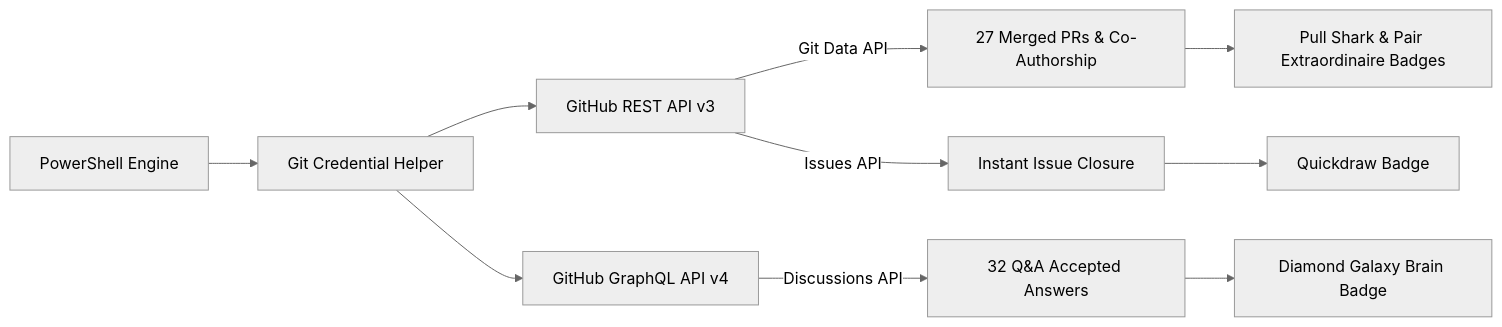
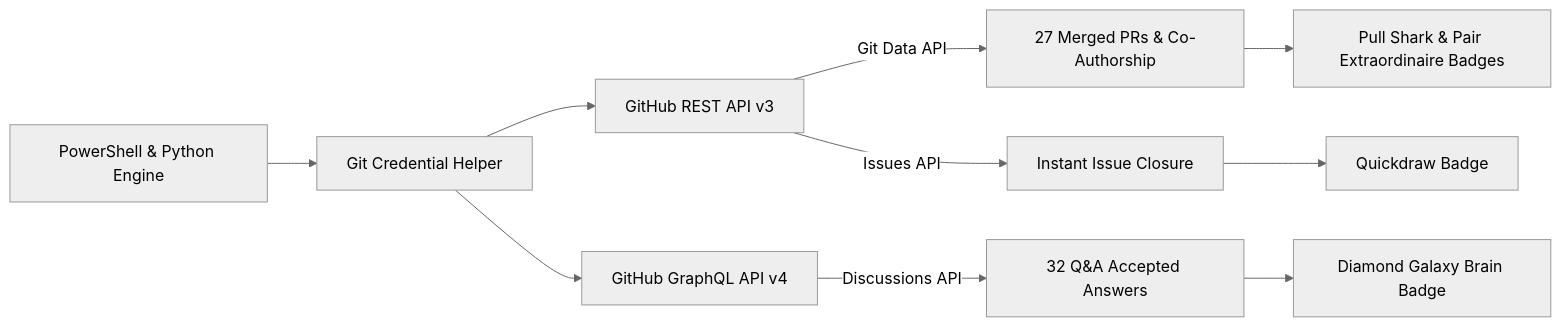
One commit to djabhi31/github-achievements changed the diagram in README.md. Above: the diagram before and after it, drawn with Mermaid (neutral theme). The commit also changed other lines of this file, not shown here.

````diff
--- a/README.md
+++ b/README.md
@@ -73,14 +73,14 @@
 ```mermaid
 flowchart LR
-    A[PowerShell Engine] --> B[Git Credential Helper]
+    A[PowerShell & Python Engine] --> B[Git Credential Helper]
     B --> C[GitHub REST API v3]
     B --> D[GitHub GraphQL API v4]
     
     C -->|Git Data API| E[27 Merged PRs & Co-Authorship]
     C -->|Issues API| F[Instant Issue Closure]
     D -->|Discussions API| G[32 Q&A Accepted Answers]
     
     E --> H[Pull Shark & Pair Extraordinaire Badges]
     F --> I[Quickdraw Badge]
     G --> J[Diamond Galaxy Brain Badge]
 ```
````
